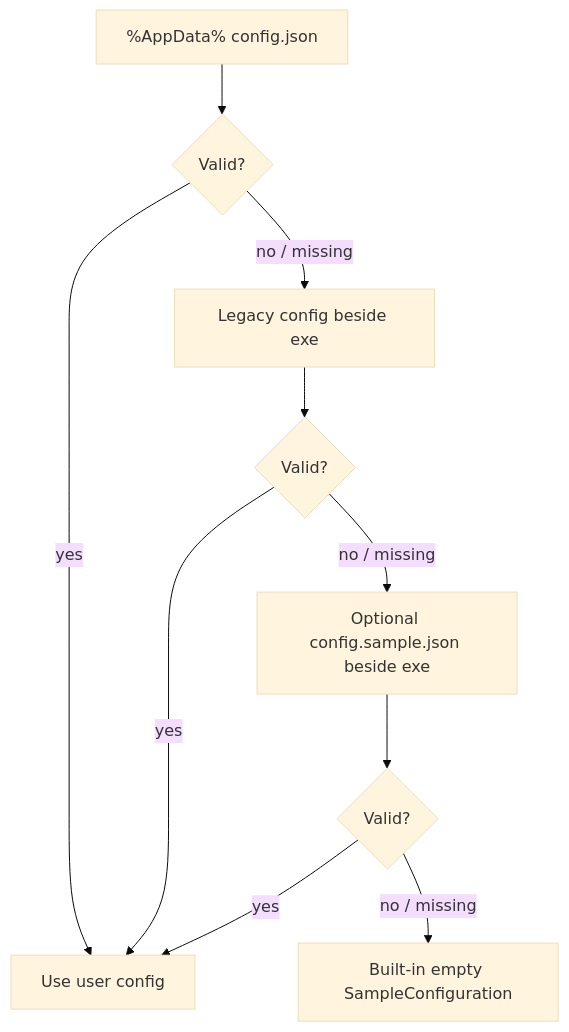
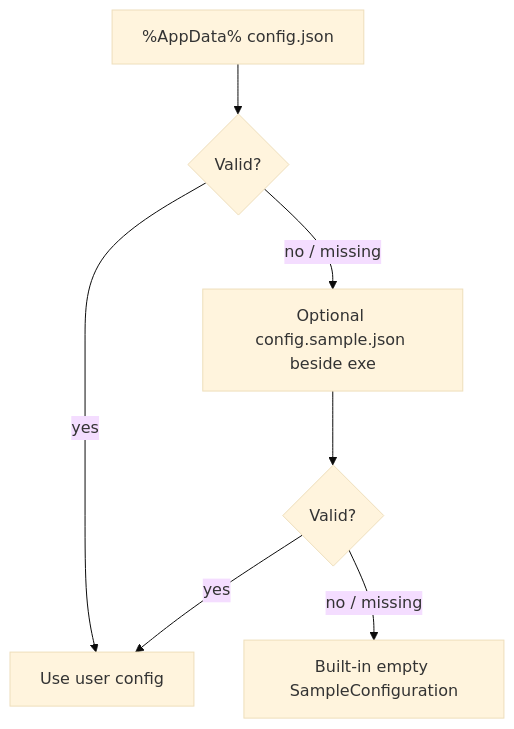
The third of 6 diagrams in README.md (tjdakf/vp-cursor-portal), drawn with Mermaid (base theme) before and after one commit. The commit also changed other lines of this file and 5 other files, not shown here.

````diff
--- a/README.md
+++ b/README.md
@@ -284,12 +284,9 @@
 ```mermaid
 flowchart TD
     A["%AppData% config.json"] --> B{"Valid?"}
     B -- yes --> Z["Use user config"]
-    B -- no / missing --> C["Legacy config beside exe"]
-    C --> D{"Valid?"}
-    D -- yes --> Z
-    D -- no / missing --> E["Optional config.sample.json beside exe"]
+    B -- no / missing --> E["Optional config.sample.json beside exe"]
     E --> F{"Valid?"}
     F -- yes --> Z
     F -- no / missing --> G["Built-in empty SampleConfiguration"]
 ```
````
